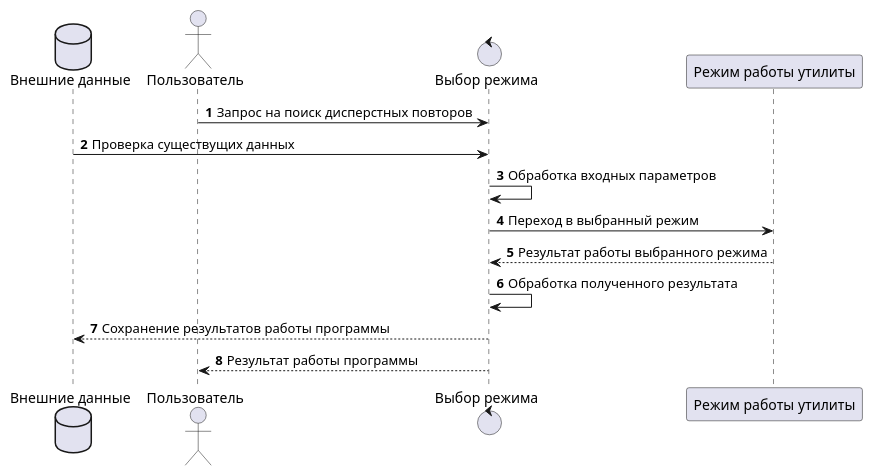
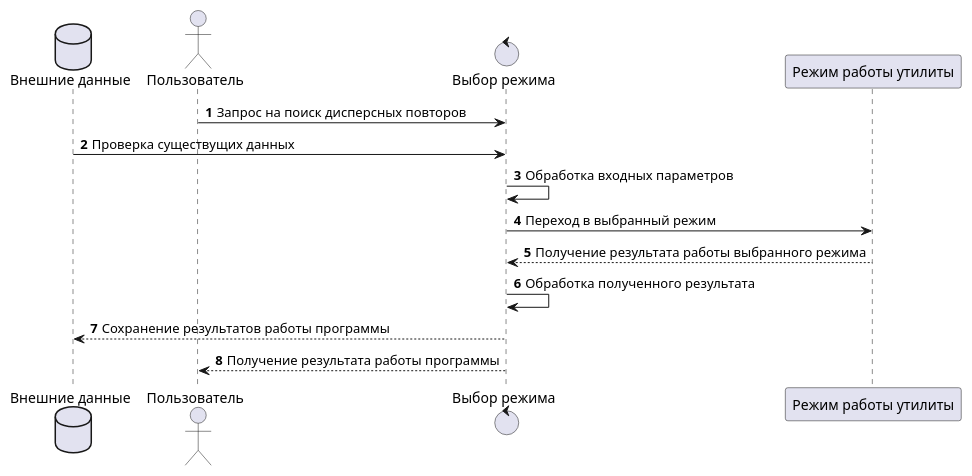
One commit to ikramanop/aligner changed the diagram in diagrams/scheme_router.puml. Above: the diagram before and after it, drawn with PlantUML. The commit also changed 5 other files, not shown here.

```diff
--- a/diagrams/scheme_router.puml
+++ b/diagrams/scheme_router.puml
@@ -1,18 +1,18 @@
 @startuml
 
 database "Внешние данные" as data
 actor Пользователь as user
 control "Выбор режима" as router
 participant "Режим работы утилиты" as calc
 
 autonumber
-user -> router: Запрос на поиск дисперстных повторов
+user -> router: Запрос на поиск дисперсных повторов
 data -> router: Проверка существущих данных
 router -> router: Обработка входных параметров
 router -> calc: Переход в выбранный режим
-calc --> router: Результат работы выбранного режима
+calc --> router: Получение результата работы выбранного режима
 router -> router: Обработка полученного результата
 router --> data: Сохранение результатов работы программы
-router --> user: Результат работы программы
+router --> user: Получение результата работы программы
 
 @enduml
```
